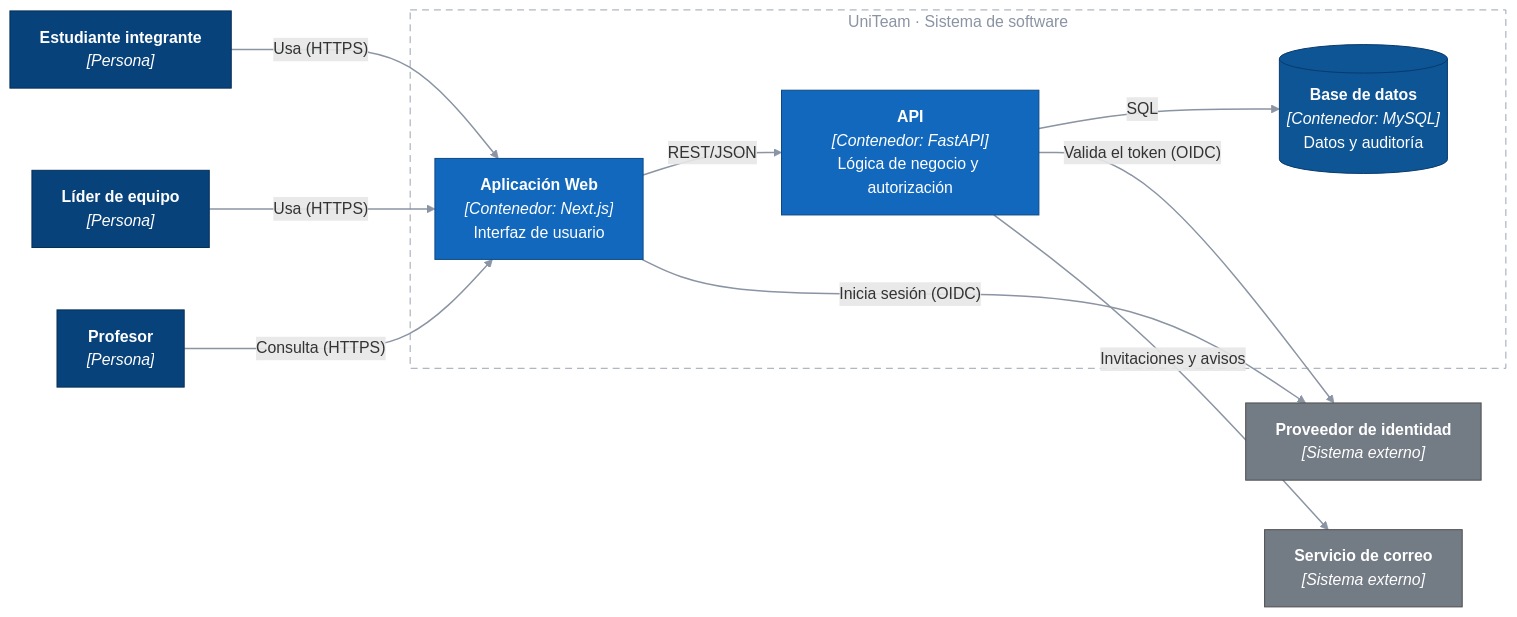
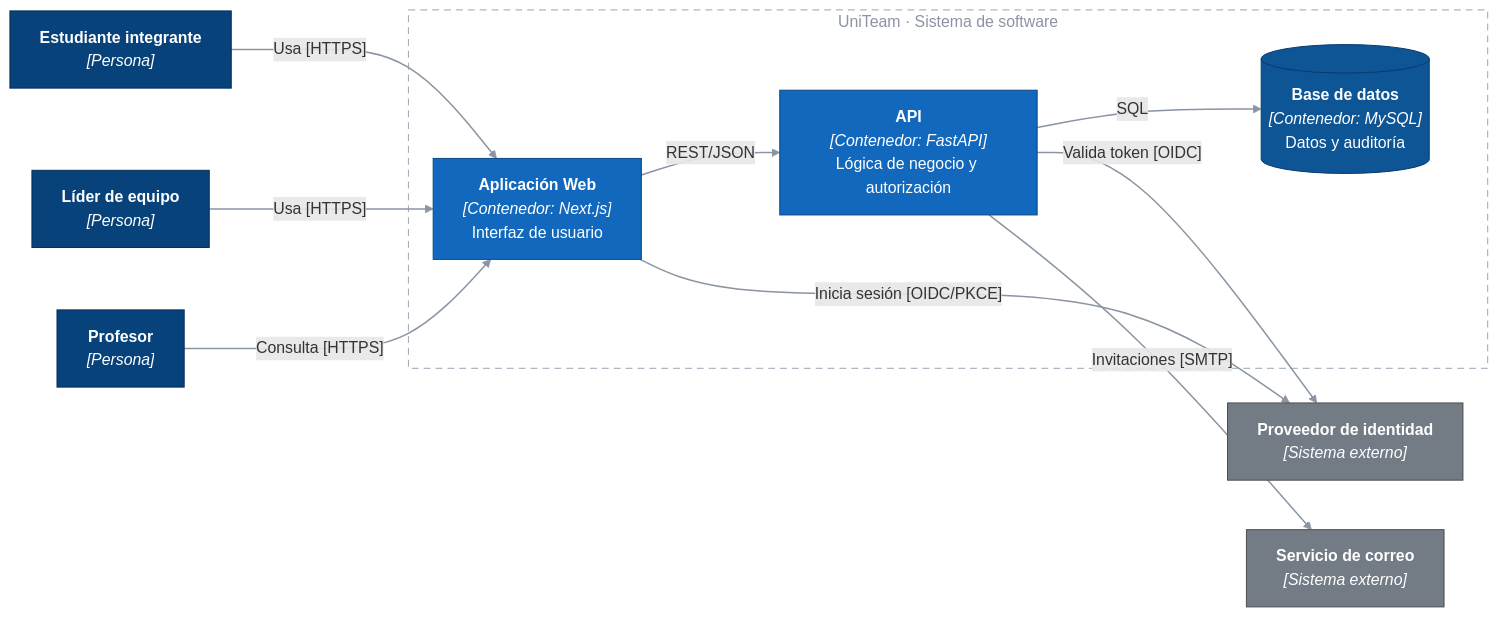
One commit to ISCOUTB/AS_202620_uniTeam changed the diagram in docs/c4/nivel2-contenedores.md. Above: the diagram before and after it, drawn with Mermaid. The commit also changed other lines of this file and 10 other files, not shown here.

````diff
--- a/docs/c4/nivel2-contenedores.md
+++ b/docs/c4/nivel2-contenedores.md
@@ -10,36 +10,36 @@
 ```mermaid
 flowchart LR
     est["<b>Estudiante integrante</b><br/><i>[Persona]</i>"]
     lid["<b>Líder de equipo</b><br/><i>[Persona]</i>"]
     pro["<b>Profesor</b><br/><i>[Persona]</i>"]
 
     subgraph sys["UniTeam · Sistema de software"]
         web["<b>Aplicación Web</b><br/><i>[Contenedor: Next.js]</i><br/>Interfaz de usuario"]
         api["<b>API</b><br/><i>[Contenedor: FastAPI]</i><br/>Lógica de negocio y autorización"]
         db[("<b>Base de datos</b><br/><i>[Contenedor: MySQL]</i><br/>Datos y auditoría")]
     end
 
     idp["<b>Proveedor de identidad</b><br/><i>[Sistema externo]</i>"]
     mail["<b>Servicio de correo</b><br/><i>[Sistema externo]</i>"]
 
-    est -->|"Usa (HTTPS)"| web
-    lid -->|"Usa (HTTPS)"| web
-    pro -->|"Consulta (HTTPS)"| web
+    est -->|"Usa [HTTPS]"| web
+    lid -->|"Usa [HTTPS]"| web
+    pro -->|"Consulta [HTTPS]"| web
     web -->|"REST/JSON"| api
     api -->|"SQL"| db
-    api -->|"Valida el token (OIDC)"| idp
-    api -->|"Invitaciones y avisos"| mail
-    web -->|"Inicia sesión (OIDC)"| idp
+    api -->|"Valida token [OIDC]"| idp
+    api -->|"Invitaciones [SMTP]"| mail
+    web -->|"Inicia sesión [OIDC/PKCE]"| idp
 
     classDef persona fill:#08427b,stroke:#052e56,color:#ffffff
     classDef contenedor fill:#1168bd,stroke:#0b4884,color:#ffffff
     classDef almacen fill:#0e5595,stroke:#083a6d,color:#ffffff
     classDef externo fill:#737b85,stroke:#4d4d4d,color:#ffffff
 
     class est,lid,pro persona
     class web,api contenedor
     class db almacen
     class idp,mail externo
     style sys fill:none,stroke:#9aa4b2,stroke-dasharray: 7 5,color:#8a94a3
     linkStyle default stroke:#8a94a3,stroke-width:1.5px
 ```
````
